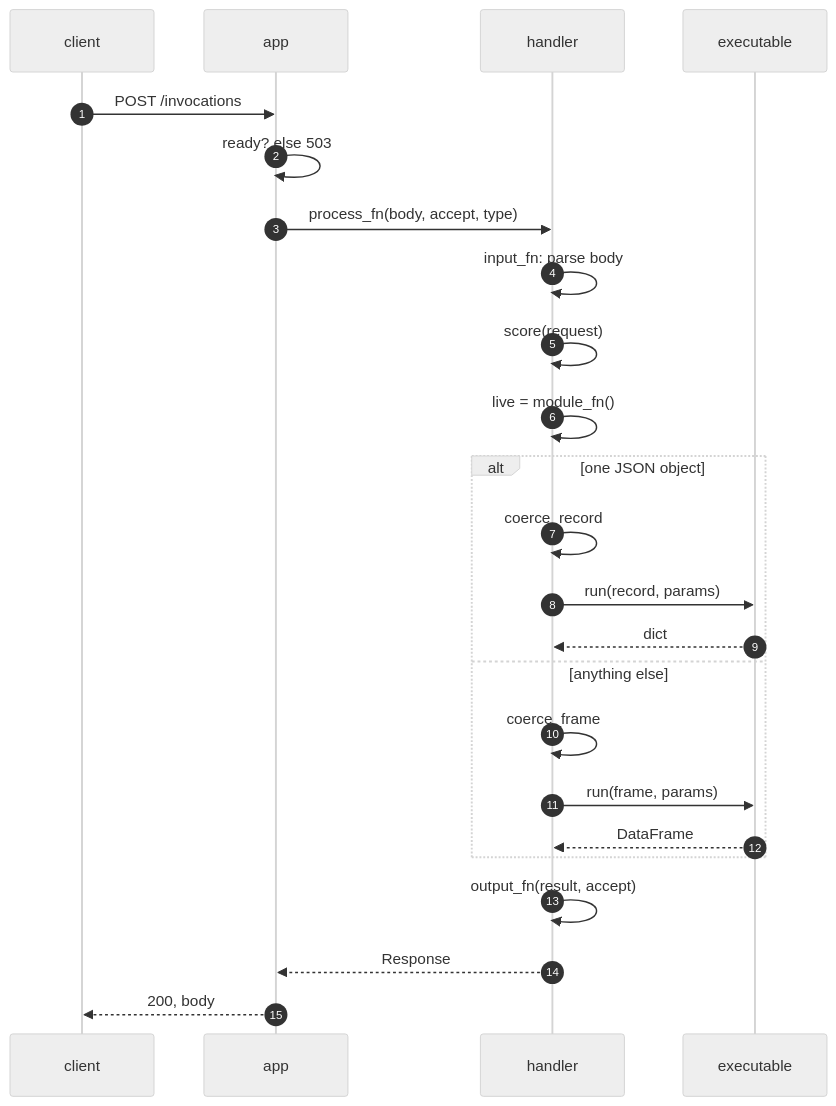
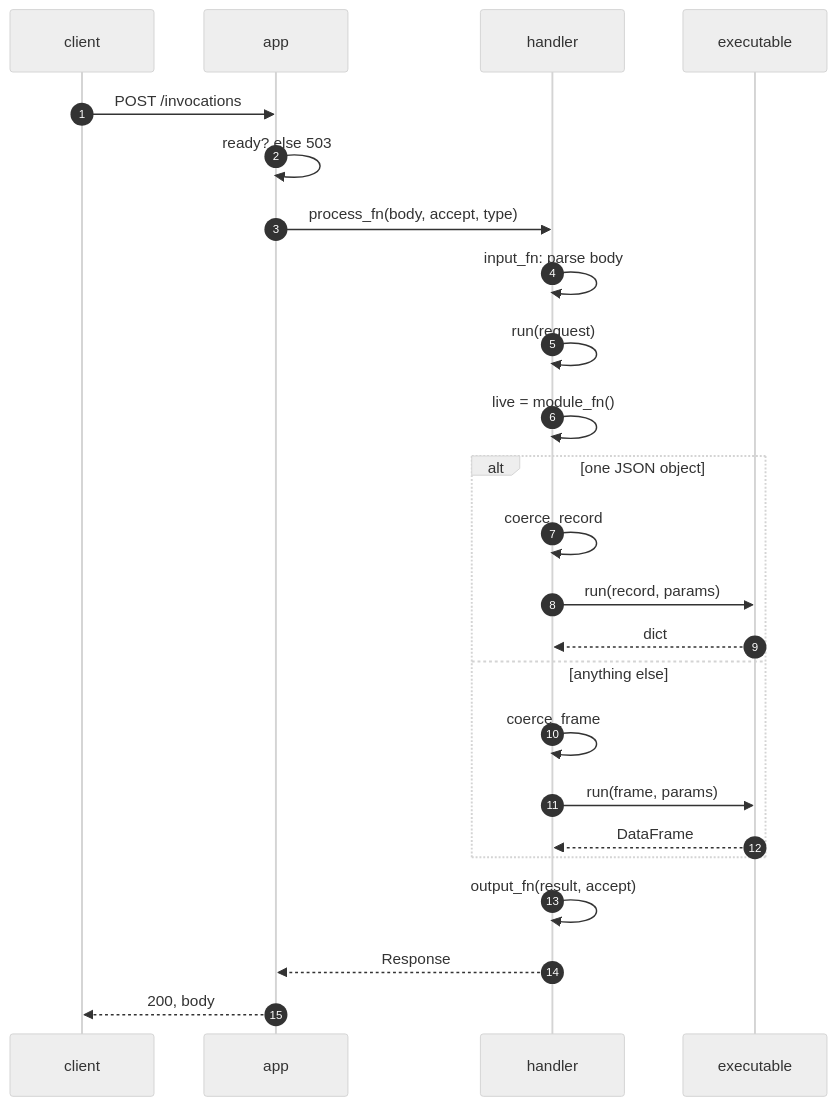
The second of 4 diagrams in docs/architecture/serving.md (capitec/dsp-decision-engine), drawn with Mermaid (neutral theme) before and after one commit. The commit also changed other lines of this file and 6 other files, not shown here.

Commit message:
docs: RequestHandler.run in the guide, serving docs and decisions; stale score() mentions say run(record)

````diff
--- a/docs/architecture/serving.md
+++ b/docs/architecture/serving.md
@@ -143,26 +143,26 @@
 ```mermaid
 sequenceDiagram
     autonumber
     participant C as client
     participant A as app
     participant H as handler
     participant E as executable
     C->>A: POST /invocations
     A->>A: ready? else 503
     A->>H: process_fn(body, accept, type)
     H->>H: input_fn: parse body
-    H->>H: score(request)
+    H->>H: run(request)
     H->>H: live = module_fn()
     alt one JSON object
         H->>H: coerce_record
         H->>E: run(record, params)
         E-->>H: dict
     else anything else
         H->>H: coerce_frame
         H->>E: run(frame, params)
         E-->>H: DataFrame
     end
     H->>H: output_fn(result, accept)
     H-->>A: Response
     A-->>C: 200, body
 ```
````
